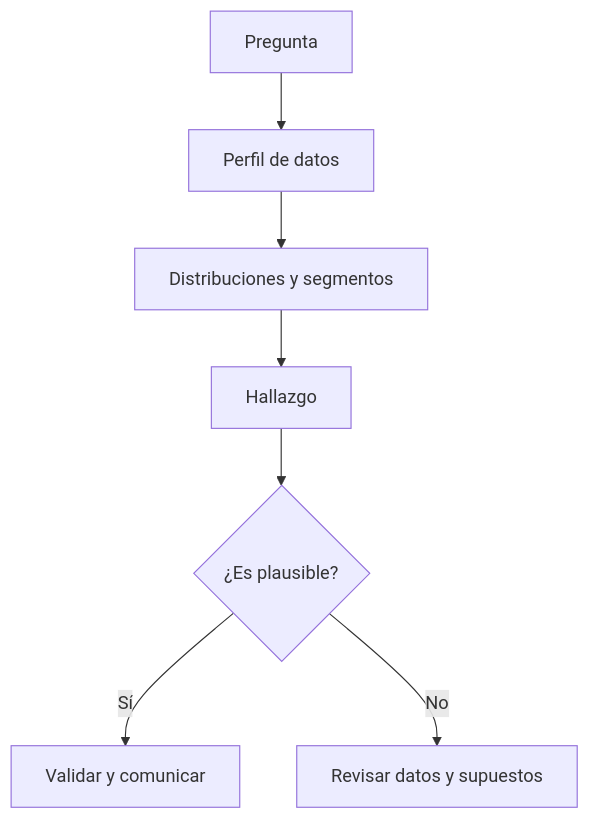
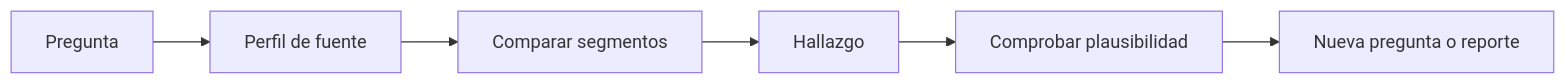
Diagram 15 of 32 in dist/markdown/temario-completo.md (Ayhur/CursoAnalista), drawn with Mermaid before and after one commit. The commit also changed other lines of this file and 29 other files, not shown here.

````diff
--- a/dist/markdown/temario-completo.md
+++ b/dist/markdown/temario-completo.md
@@ -954,9 +1077,8 @@
 ```mermaid
-flowchart TD
-    A[Pregunta] --> B[Perfil de datos]
-    B --> C[Distribuciones y segmentos]
-    C --> D[Hallazgo]
-    D --> E{¿Es plausible?}
-    E -->|Sí| F[Validar y comunicar]
-    E -->|No| G[Revisar datos y supuestos]
+flowchart LR
+ A[Pregunta] --> B[Perfil de fuente]
+ B --> C[Comparar segmentos]
+ C --> D[Hallazgo]
+ D --> E[Comprobar plausibilidad]
+ E --> F[Nueva pregunta o reporte]
 ```
````
